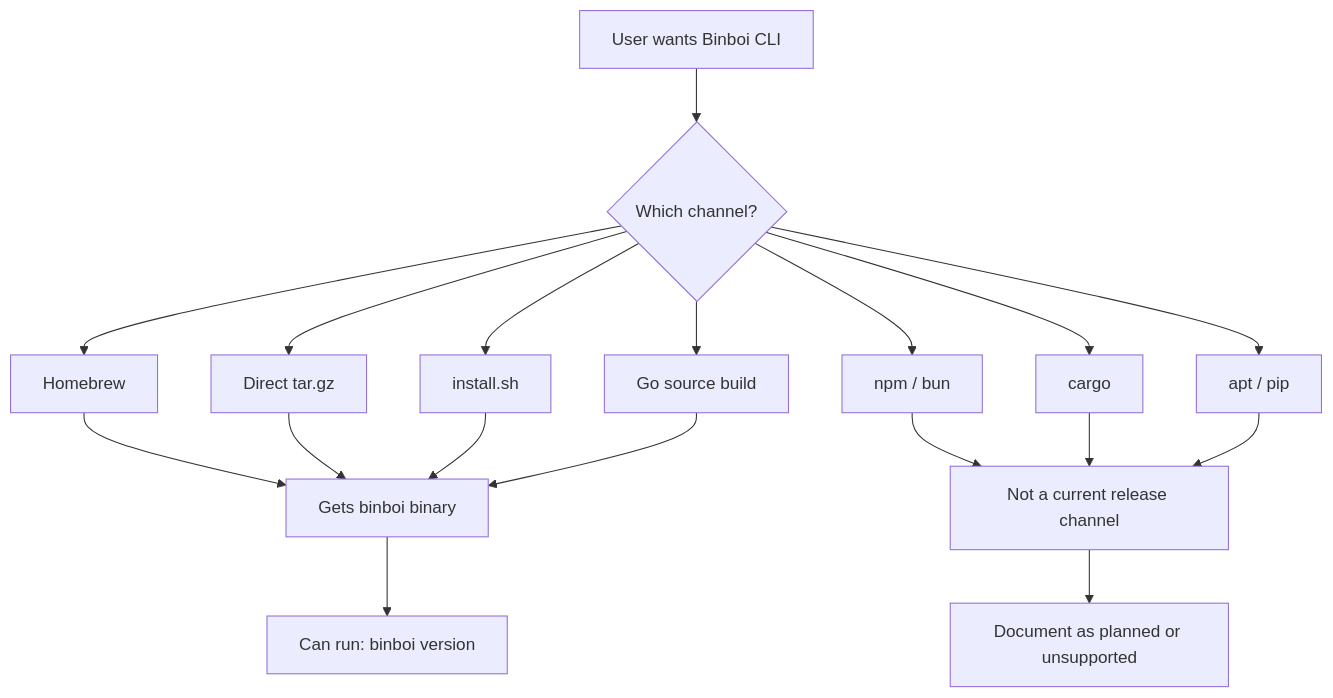
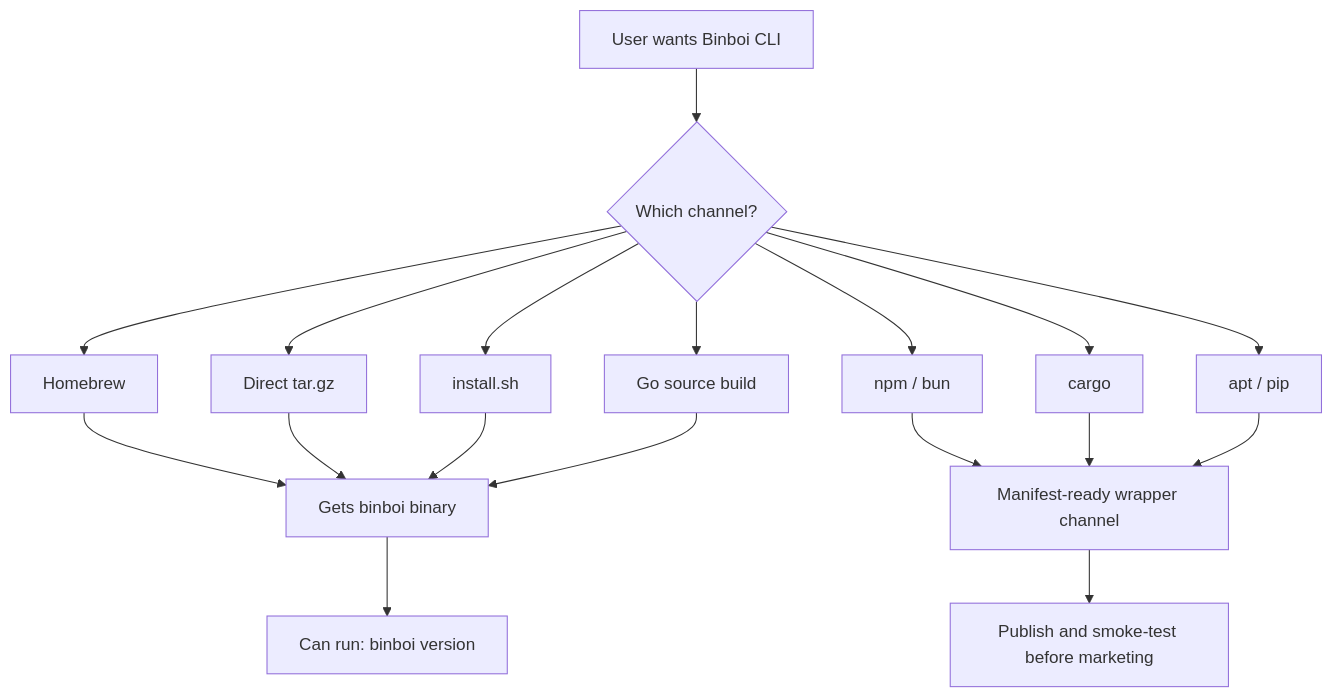
The diagram in docs/install-channel-matrix.md (Miransas/binboi), drawn with Mermaid before and after one commit. The commit also changed other lines of this file and 120 other files, not shown here.

````diff
--- a/docs/install-channel-matrix.md
+++ b/docs/install-channel-matrix.md
@@ -128,23 +126,23 @@
 ```mermaid
 flowchart TD
     A["User wants Binboi CLI"] --> B{"Which channel?"}
     B --> C["Homebrew"]
     B --> D["Direct tar.gz"]
     B --> E["install.sh"]
     B --> F["Go source build"]
     B --> G["npm / bun"]
     B --> H["cargo"]
     B --> I["apt / pip"]
 
     C --> J["Gets binboi binary"]
     D --> J
     E --> J
     F --> J
 
-    G --> K["Not a current release channel"]
+    G --> K["Manifest-ready wrapper channel"]
     H --> K
     I --> K
 
     J --> L["Can run: binboi version"]
-    K --> M["Document as planned or unsupported"]
+    K --> M["Publish and smoke-test before marketing"]
 ```
````
